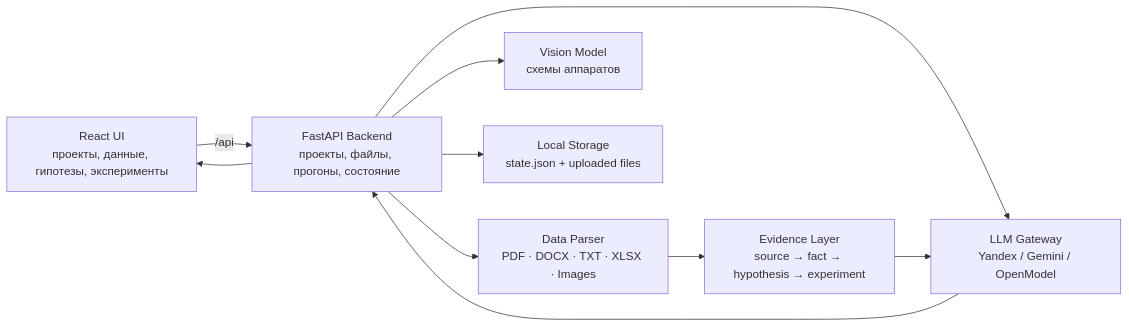
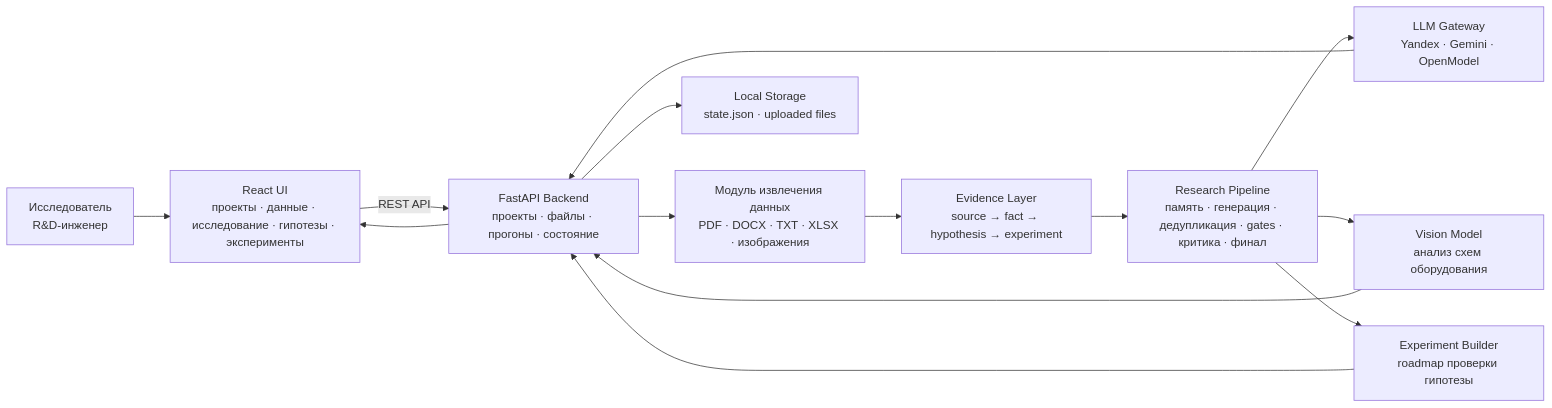
The diagram in README.md (Yujir0k/NN_hyp), drawn with Mermaid before and after one commit. The commit also changed other lines of this file, not shown here.

````diff
--- a/README.md
+++ b/README.md
@@ -24,20 +31,20 @@
 ```mermaid
 flowchart LR
-  UI["React UI<br/>проекты, данные, гипотезы, эксперименты"]
-  API["FastAPI Backend<br/>проекты, файлы, прогоны, состояние"]
-  Parser["Data Parser<br/>PDF · DOCX · TXT · XLSX · Images"]
-  Evidence["Evidence Layer<br/>source → fact → hypothesis → experiment"]
-  LLM["LLM Gateway<br/>Yandex / Gemini / OpenModel"]
-  Vision["Vision Model<br/>схемы аппаратов"]
-  Store["Local Storage<br/>state.json + uploaded files"]
+  User["Исследователь<br/>R&D-инженер"] --> UI["React UI<br/>проекты · данные · исследование · гипотезы · эксперименты"]
 
-  UI -->|/api| API
-  API --> Parser
-  Parser --> Evidence
-  API --> LLM
-  API --> Vision
-  Evidence --> LLM
-  API --> Store
+  UI -->|REST API| API["FastAPI Backend<br/>проекты · файлы · прогоны · состояние"]
+
+  API --> Parser["Модуль извлечения данных<br/>PDF · DOCX · TXT · XLSX · изображения"]
+  Parser --> Evidence["Evidence Layer<br/>source → fact → hypothesis → experiment"]
+
+  Evidence --> Pipeline["Research Pipeline<br/>память · генерация · дедупликация · gates · критика · финал"]
+  Pipeline --> LLM["LLM Gateway<br/>Yandex · Gemini · OpenModel"]
+  Pipeline --> Vision["Vision Model<br/>анализ схем оборудования"]
+  Pipeline --> Experiments["Experiment Builder<br/>roadmap проверки гипотезы"]
+
+  API --> Store["Local Storage<br/>state.json · uploaded files"]
+  Experiments --> API
   LLM --> API
+  Vision --> API
   API --> UI
 ```
````
